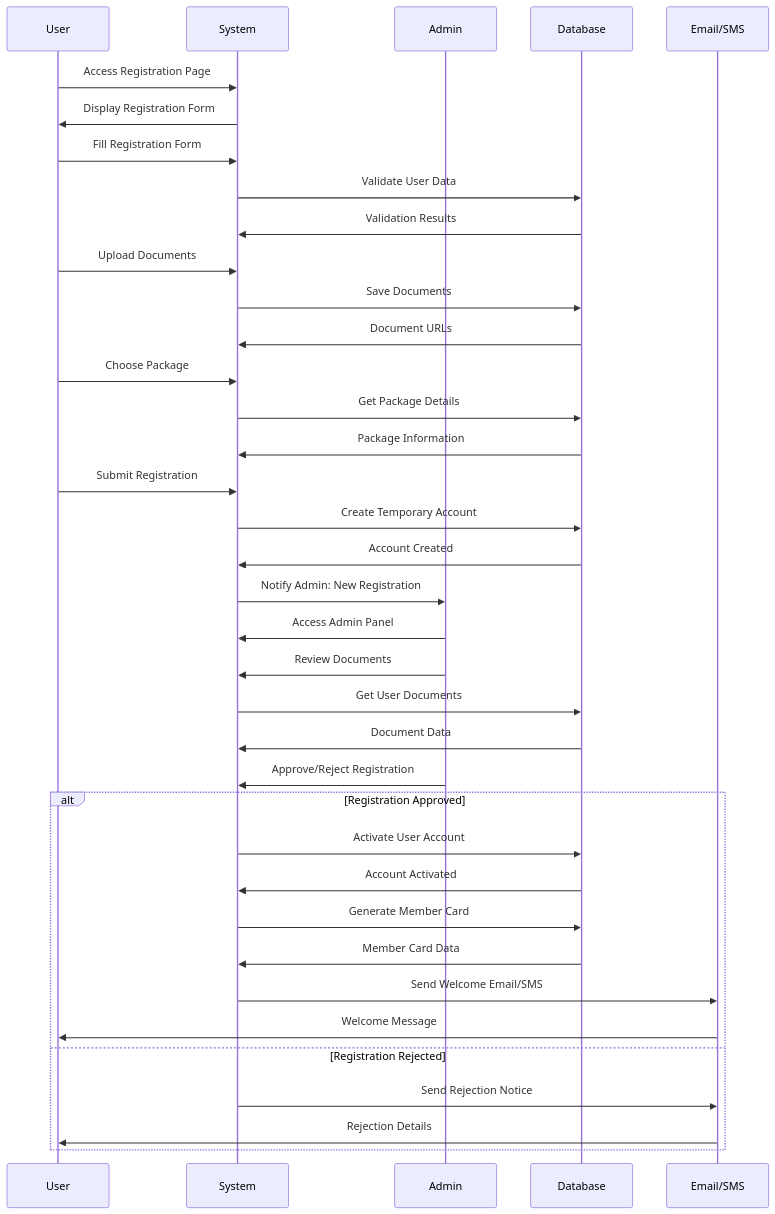
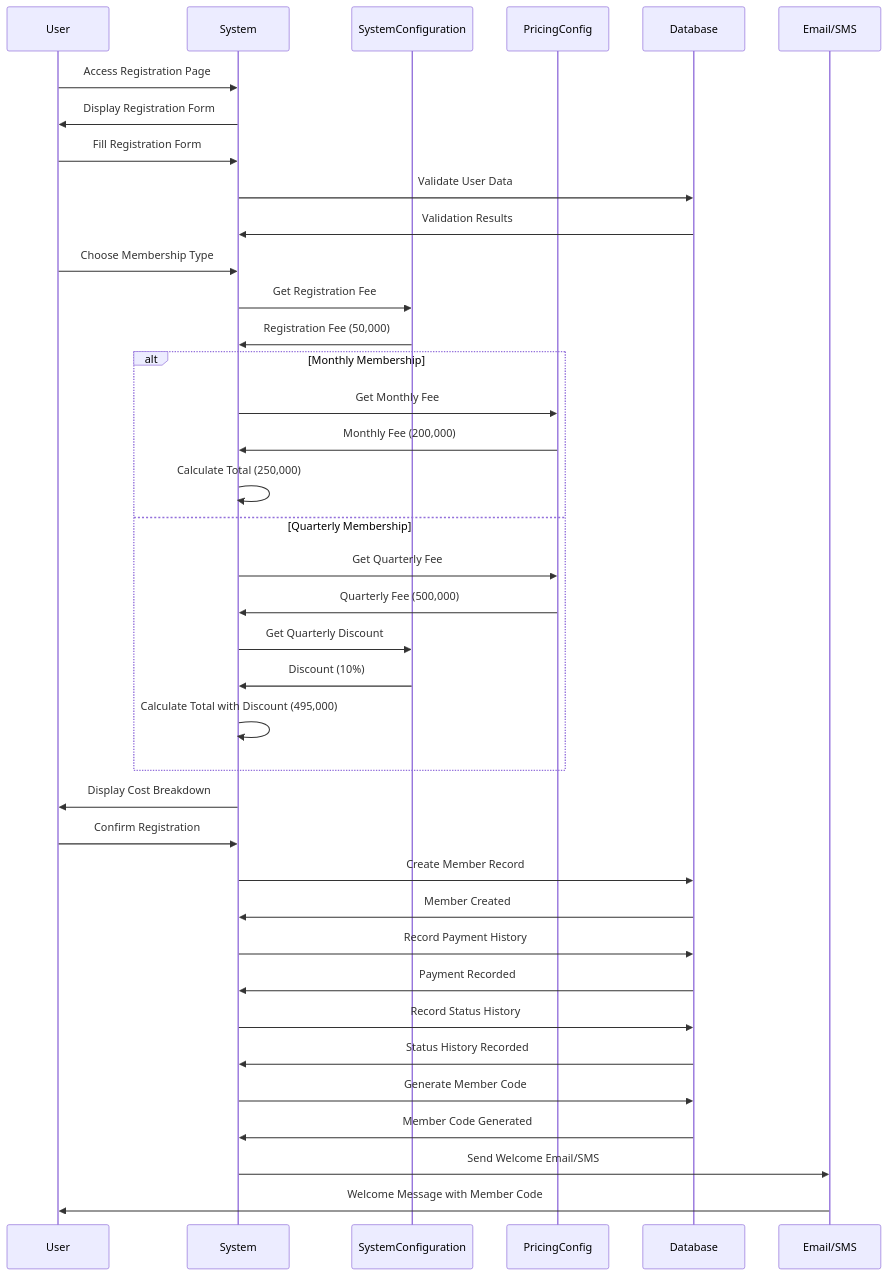
One commit to BlackCoffeee/raujan_pool changed diagram 35 of 50 in Planing/06-uml-diagrams.md. Above: the diagram before and after it, drawn with Mermaid. The commit also changed other lines of this file, not shown here.

````diff
--- a/Planing/06-uml-diagrams.md
+++ b/Planing/06-uml-diagrams.md
@@ -1900,47 +2110,47 @@
 ```mermaid
 sequenceDiagram
     participant U as User
     participant S as System
-    participant A as Admin
+    participant SC as SystemConfiguration
+    participant PC as PricingConfig
     participant DB as Database
     participant E as Email/SMS
 
     U->>S: Access Registration Page
     S->>U: Display Registration Form
 
     U->>S: Fill Registration Form
     S->>DB: Validate User Data
     DB->>S: Validation Results
 
-    U->>S: Upload Documents
-    S->>DB: Save Documents
-    DB->>S: Document URLs
+    U->>S: Choose Membership Type
+    S->>SC: Get Registration Fee
+    SC->>S: Registration Fee (50,000)
+    
+    alt Monthly Membership
+        S->>PC: Get Monthly Fee
+        PC->>S: Monthly Fee (200,000)
+        S->>S: Calculate Total (250,000)
+    else Quarterly Membership
+        S->>PC: Get Quarterly Fee
+        PC->>S: Quarterly Fee (500,000)
+        S->>SC: Get Quarterly Discount
+        SC->>S: Discount (10%)
+        S->>S: Calculate Total with Discount (495,000)
+    end
 
-    U->>S: Choose Package
-    S->>DB: Get Package Details
-    DB->>S: Package Information
+    S->>U: Display Cost Breakdown
+    U->>S: Confirm Registration
+    S->>DB: Create Member Record
+    DB->>S: Member Created
 
-    U->>S: Submit Registration
-    S->>DB: Create Temporary Account
-    DB->>S: Account Created
+    S->>DB: Record Payment History
+    DB->>S: Payment Recorded
+    S->>DB: Record Status History
+    DB->>S: Status History Recorded
 
-    S->>A: Notify Admin: New Registration
-    A->>S: Access Admin Panel
-
-    A->>S: Review Documents
-    S->>DB: Get User Documents
-    DB->>S: Document Data
-
-    A->>S: Approve/Reject Registration
-    alt Registration Approved
-        S->>DB: Activate User Account
-        DB->>S: Account Activated
-        S->>DB: Generate Member Card
-        DB->>S: Member Card Data
-        S->>E: Send Welcome Email/SMS
-        E->>U: Welcome Message
-    else Registration Rejected
-        S->>E: Send Rejection Notice
-        E->>U: Rejection Details
-    end
+    S->>DB: Generate Member Code
+    DB->>S: Member Code Generated
+    S->>E: Send Welcome Email/SMS
+    E->>U: Welcome Message with Member Code
 ```
````
